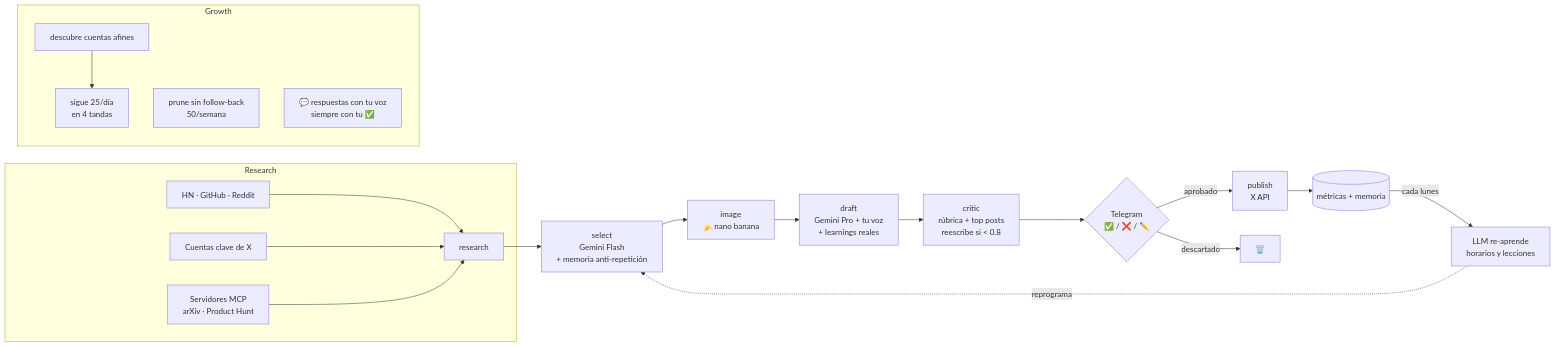
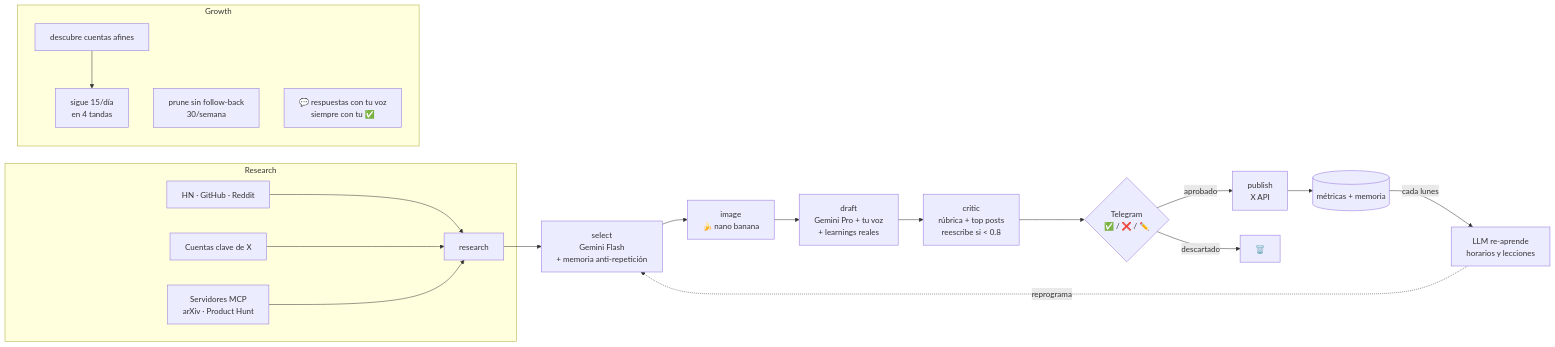
The diagram in README.md (riquelmechile/zanaX), drawn with Mermaid before and after one commit. The commit also changed other lines of this file, not shown here.

Commit message:
README: perfil económico (IMAGE_RATIO, 15 follows/día) y tabla de costes ~$41-59/mes

````diff
--- a/README.md
+++ b/README.md
@@ -19,24 +19,24 @@
 ```mermaid
 flowchart LR
     subgraph Research
         A[HN · GitHub · Reddit] --> R
         B[Cuentas clave de X] --> R
         M2[Servidores MCP<br/>arXiv · Product Hunt] --> R
     end
     R[research] --> S[select<br/>Gemini Flash<br/>+ memoria anti-repetición]
     S --> I[image<br/>🍌 nano banana]
     I --> D[draft<br/>Gemini Pro + tu voz<br/>+ learnings reales]
     D --> C[critic<br/>rúbrica + top posts<br/>reescribe si < 0.8]
     C --> T{Telegram<br/>✅ / ❌ / ✏️}
     T -->|aprobado| P[publish<br/>X API]
     T -->|descartado| X[🗑️]
     P --> M[(métricas + memoria)]
     M -->|cada lunes| LLM[LLM re-aprende<br/>horarios y lecciones]
     LLM -.reprograma.-> S
 
     subgraph Growth
-        G1[descubre cuentas afines] --> G2[sigue 25/día<br/>en 4 tandas]
-        G3[prune sin follow-back<br/>50/semana]
+        G1[descubre cuentas afines] --> G2[sigue 15/día<br/>en 4 tandas]
+        G3[prune sin follow-back<br/>30/semana]
         G4[💬 respuestas con tu voz<br/>siempre con tu ✅]
     end
 ```
````
